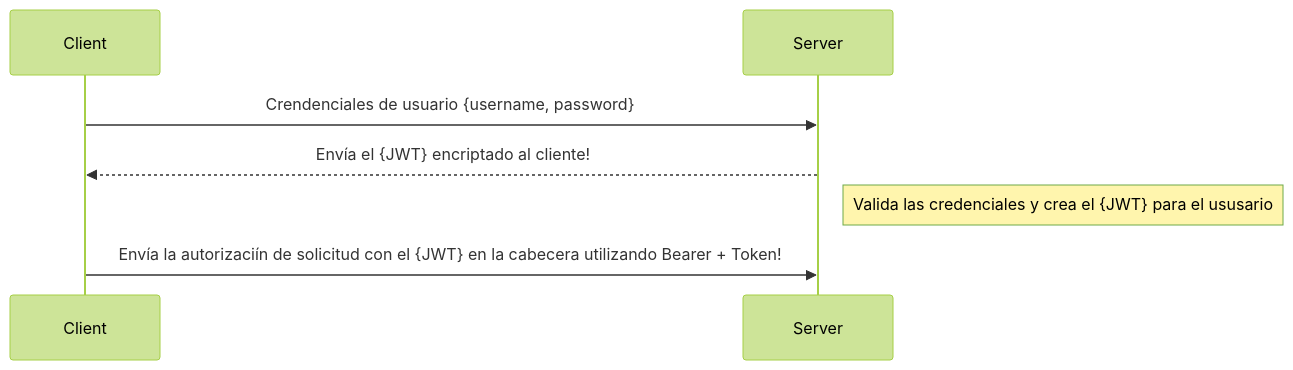
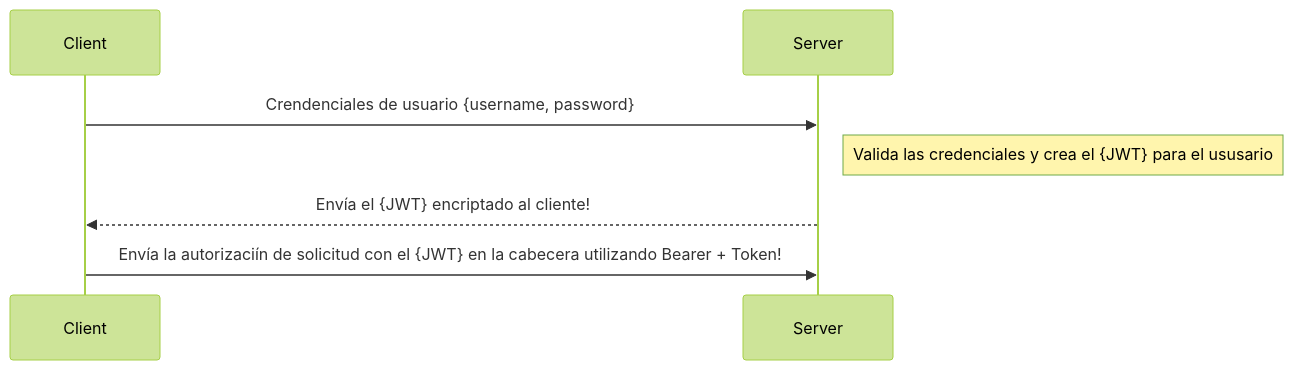
The diagram in README.md (Mr-Machine98/final-project), drawn with Mermaid (forest theme) before and after one commit. The commit also changed other lines of this file, not shown here.

````diff
--- a/README.md
+++ b/README.md
@@ -26,7 +26,7 @@
  ```mermaid
   sequenceDiagram
       Client->>Server: Crendenciales de usuario {username, password}
+      Note right of Server: Valida las credenciales y crea el {JWT} para el ususario 
       Server-->>Client: Envía el {JWT} encriptado al cliente!
-      Note right of Server: Valida las credenciales y crea el {JWT} para el ususario 
       Client->>Server: Envía la autorizaciín de solicitud con el {JWT} en la cabecera utilizando Bearer + Token!
   ```
````
